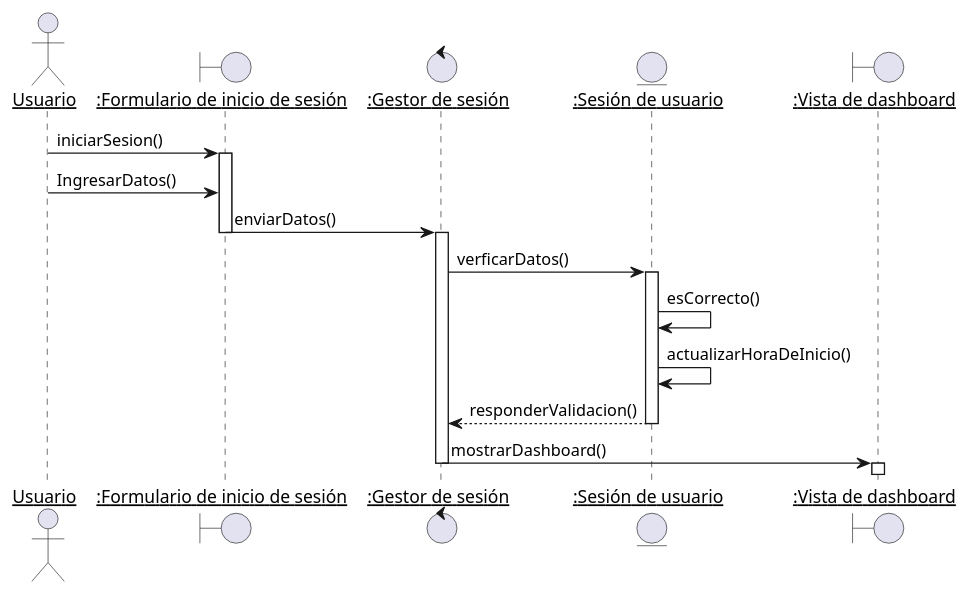
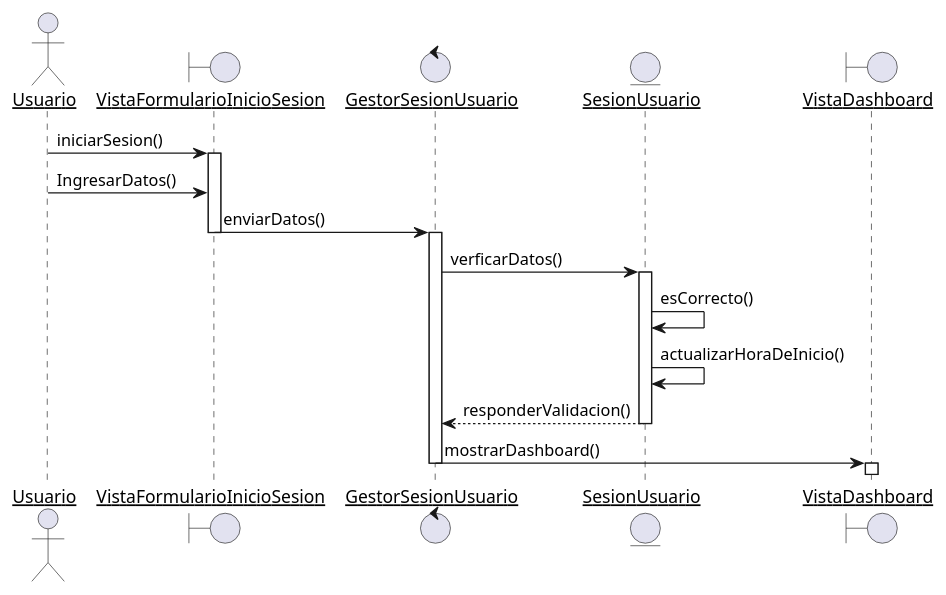
Before and after one commit to Samantha-Ramirez/ProyectoEquipo7ING: the diagram in docs/scenariosView/DisciplinaDeDisenio/DiagramaDeSecuenciaIniciarSesion.plantUML, drawn with PlantUML. The commit also changed 11 other files, not shown here.

```diff
--- a/docs/scenariosView/DisciplinaDeDisenio/DiagramaDeSecuenciaIniciarSesion.plantUML
+++ b/docs/scenariosView/DisciplinaDeDisenio/DiagramaDeSecuenciaIniciarSesion.plantUML
@@ -1,28 +1,28 @@
 @startuml DiagramaDeSecuenciaIniciarSesion
 skinparam sequenceParticipant underline
 
 actor Usuario as user
-boundary ":Formulario de inicio de sesión" as FIS
-control ":Gestor de sesión" as GS
-entity ":Sesión de usuario" as SU
-boundary ":Vista de dashboard" as VD
+boundary VistaFormularioInicioSesion
+control GestorSesionUsuario
+entity SesionUsuario
+boundary VistaDashboard
 
 
-user -> FIS : iniciarSesion()
-activate FIS
-user -> FIS : IngresarDatos()
-FIS -> GS : enviarDatos()
-deactivate FIS
-activate GS
-GS -> SU : verficarDatos()
-activate SU
-SU -> SU : esCorrecto()
-SU -> SU : actualizarHoraDeInicio()
-SU --> GS : responderValidacion()
-deactivate SU
-GS -> VD : mostrarDashboard()
-deactivate GS
-activate VD
-deactivate VD
+user -> VistaFormularioInicioSesion : iniciarSesion()
+activate VistaFormularioInicioSesion
+user -> VistaFormularioInicioSesion : IngresarDatos()
+VistaFormularioInicioSesion -> GestorSesionUsuario : enviarDatos()
+deactivate VistaFormularioInicioSesion
+activate GestorSesionUsuario
+GestorSesionUsuario -> SesionUsuario : verficarDatos()
+activate SesionUsuario
+SesionUsuario -> SesionUsuario : esCorrecto()
+SesionUsuario -> SesionUsuario : actualizarHoraDeInicio()
+SesionUsuario --> GestorSesionUsuario : responderValidacion()
+deactivate SesionUsuario
+GestorSesionUsuario -> VistaDashboard : mostrarDashboard()
+deactivate GestorSesionUsuario
+activate VistaDashboard
+deactivate VistaDashboard
 
 @enduml
```
